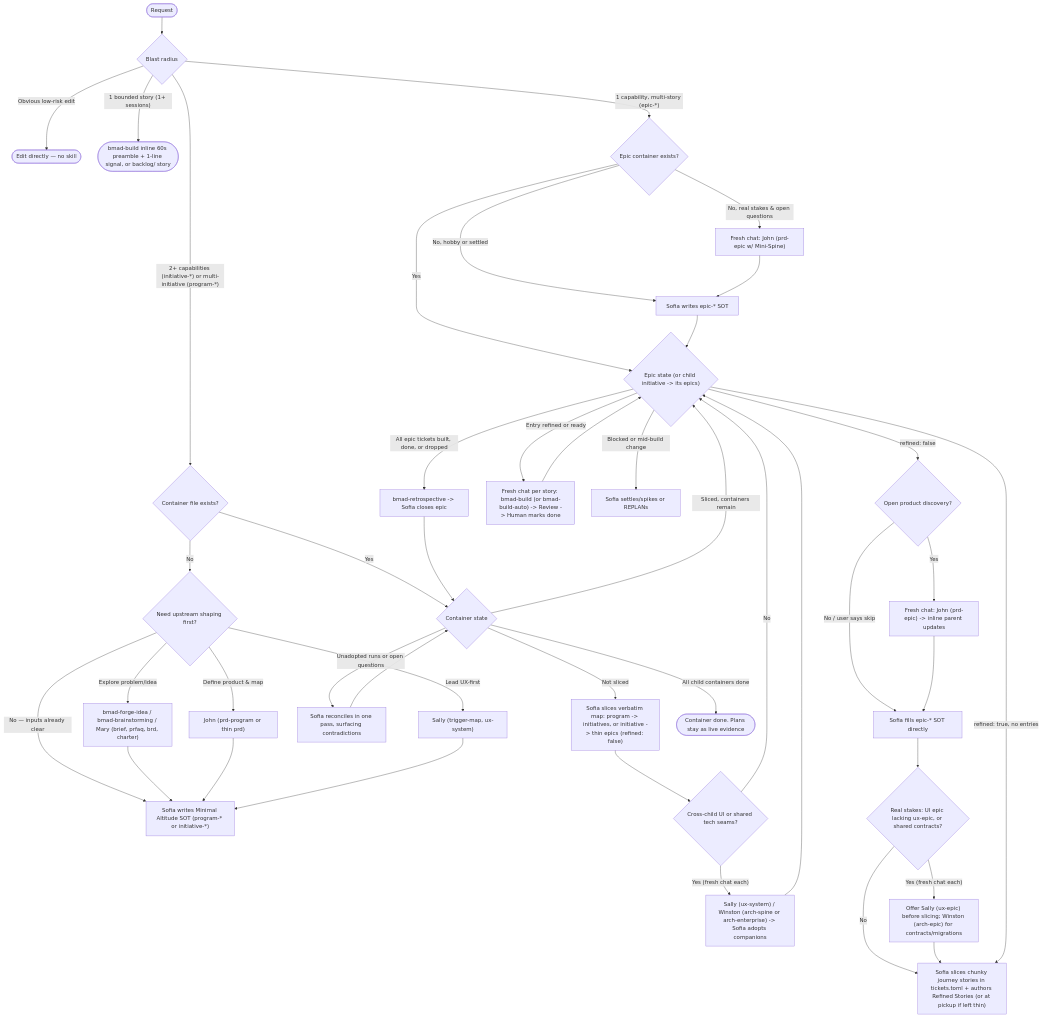
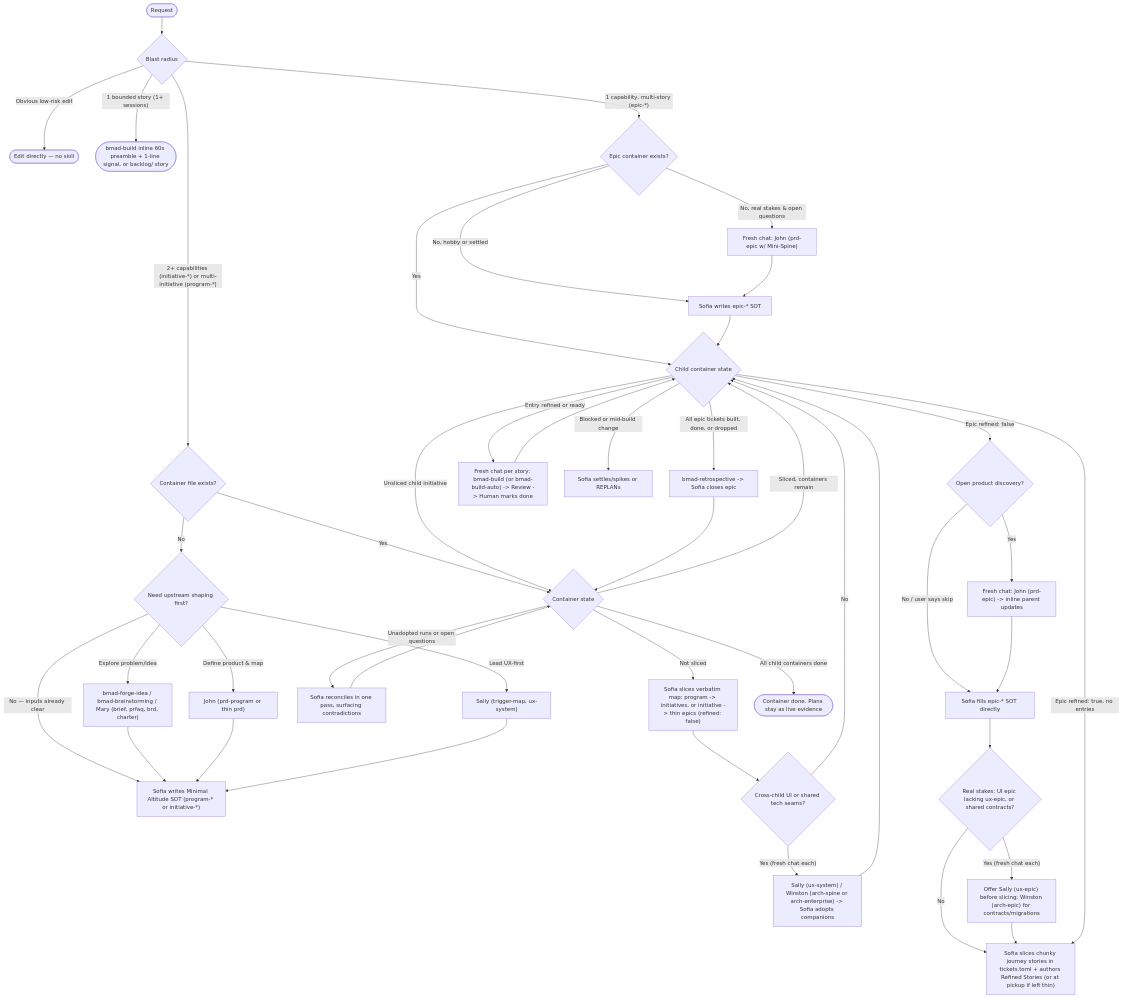
One commit to bmad-code-org/BMAD-METHOD changed the diagram in skills/method/bmod-method/help/help.md. Above: the diagram before and after it, drawn with Mermaid. The commit also changed other lines of this file and 2 other files, not shown here.

Commit message:
fix(method): align program architecture, container paths, and child-initiative routing

````diff
--- a/skills/method/bmod-method/help/help.md
+++ b/skills/method/bmod-method/help/help.md
@@ -60,46 +60,47 @@
 ```mermaid
 flowchart TD
     A(["Request"]) --> B{"Blast radius"}
     B -->|"Obvious low-risk edit"| B1(["Edit directly — no skill"])
     B -->|"1 bounded story (1+ sessions)"| B2(["bmad-build inline 60s preamble + 1-line signal, or backlog/ story"])
     B -->|"1 capability, multi-story (epic-*)"| E0{"Epic container exists?"}
     E0 -->|"Yes"| H
     E0 -->|"No, real stakes & open questions"| E1["Fresh chat: John (prd-epic w/ Mini-Spine)"]
     E0 -->|"No, hobby or settled"| S0["Sofia writes epic-* SOT"]
     E1 --> S0
     S0 --> H
     B -->|"2+ capabilities (initiative-*) or multi-initiative (program-*)"| C{"Container file exists?"}
 
     C -->|"No"| D{"Need upstream shaping first?"}
     D -->|"No — inputs already clear"| S1["Sofia writes Minimal Altitude SOT (program-* or initiative-*)"]
     D -->|"Explore problem/idea"| D1["bmad-forge-idea / bmad-brainstorming / Mary (brief, prfaq, brd, charter)"]
     D -->|"Define product & map"| D2["John (prd-program or thin prd)"]
     D -->|"Lead UX-first"| D3["Sally (trigger-map, ux-system)"]
     D1 & D2 & D3 --> S1
 
     C -->|"Yes"| F{"Container state"}
     F -->|"Unadopted runs or open questions"| F1["Sofia reconciles in one pass, surfacing contradictions"]
     F -->|"Not sliced"| S2["Sofia slices verbatim map: program -> initiatives, or initiative -> thin epics (refined: false)"]
     S2 --> G{"Cross-child UI or shared tech seams?"}
     G -->|"Yes (fresh chat each)"| G1["Sally (ux-system) / Winston (arch-spine or arch-enterprise) -> Sofia adopts companions"]
     G -->|"No"| H
     G1 --> H
     F1 --> F
     F -->|"Sliced, containers remain"| H
 
-    H{"Epic state (or child initiative -> its epics)"} -->|"refined: false"| S7{"Open product discovery?"}
+    H{"Child container state"} -->|"Unsliced child initiative"| F
+    H -->|"Epic refined: false"| S7{"Open product discovery?"}
     S7 -->|"Yes"| J1["Fresh chat: John (prd-epic) -> inline parent updates"]
     S7 -->|"No / user says skip"| S7b["Sofia fills epic-* SOT directly"]
     J1 --> S7b
     S7b --> UX{"Real stakes: UI epic lacking ux-epic, or shared contracts?"}
     UX -->|"Yes (fresh chat each)"| UX1["Offer Sally (ux-epic) before slicing; Winston (arch-epic) for contracts/migrations"]
     UX -->|"No"| S3
     UX1 --> S3
-    H -->|"refined: true, no entries"| S3["Sofia slices chunky journey stories in tickets.toml + authors Refined Stories (or at pickup if left thin)"]
+    H -->|"Epic refined: true, no entries"| S3["Sofia slices chunky journey stories in tickets.toml + authors Refined Stories (or at pickup if left thin)"]
     H -->|"Entry refined or ready"| I["Fresh chat per story: bmad-build (or bmad-build-auto) -> Review -> Human marks done"]
     H -->|"Blocked or mid-build change"| S6["Sofia settles/spikes or REPLANs"]
     I --> H
     H -->|"All epic tickets built, done, or dropped"| K["bmad-retrospective -> Sofia closes epic"]
     K --> F
     F -->|"All child containers done"| L(["Container done. Plans stay as live evidence"])
 ```
````
